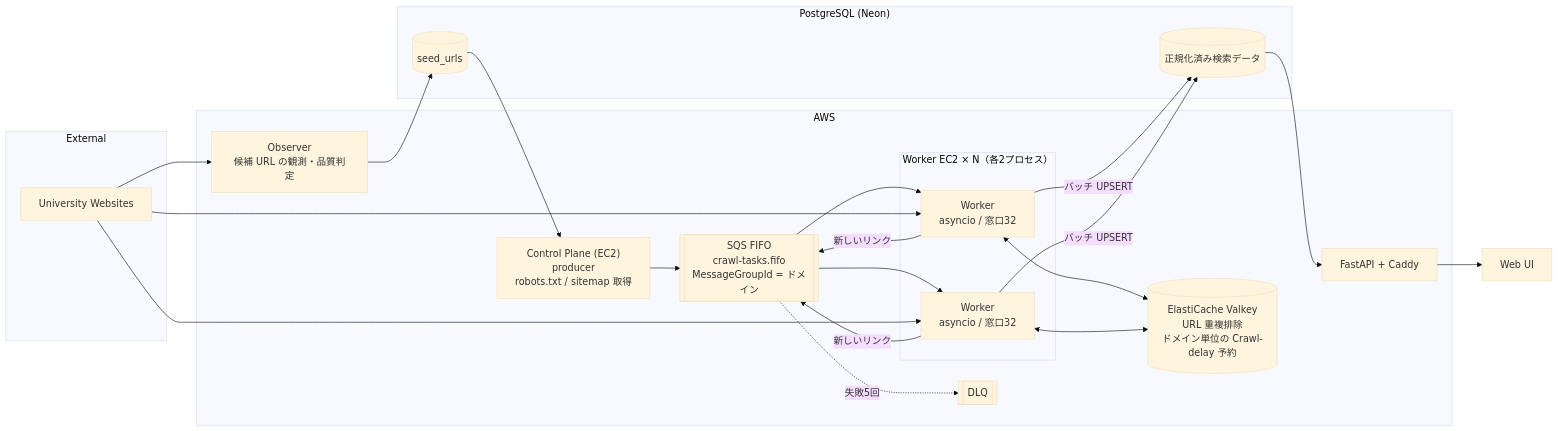
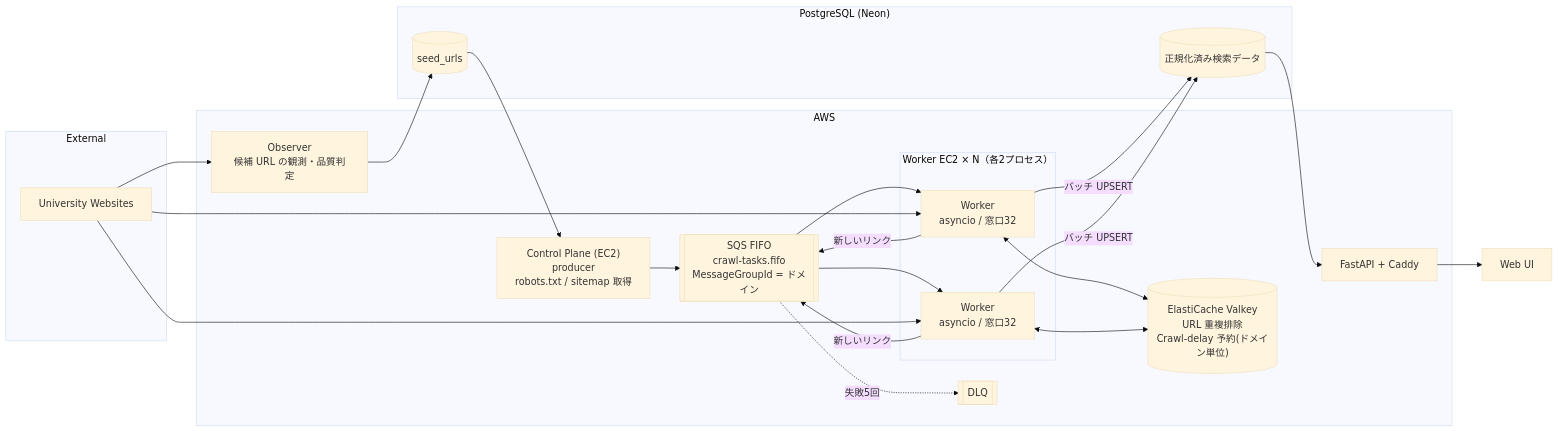
The diagram in README.md (undercoat-F/UniversityComparisonSite), drawn with Mermaid (base theme) before and after one commit.

Commit message:
Update in README.md(軽微な修正)

````diff
--- a/README.md
+++ b/README.md
@@ -44,36 +44,36 @@
 ```mermaid
 flowchart LR
     subgraph Internet["External"]
         Web["University Websites"]
     end
 
     subgraph AWS["AWS"]
         Observer["Observer<br/>候補 URL の観測・品質判定"]
         CP["Control Plane (EC2)<br/>producer<br/>robots.txt / sitemap 取得"]
         SQS[["SQS FIFO<br/>crawl-tasks.fifo<br/>MessageGroupId = ドメイン"]]
         DLQ[["DLQ"]]
         subgraph Workers["Worker EC2 × N（各2プロセス）"]
             W1["Worker<br/>asyncio / 窓口32"]
             W2["Worker<br/>asyncio / 窓口32"]
         end
-        Valkey[("ElastiCache Valkey<br/>URL 重複排除<br/>ドメイン単位の Crawl-delay 予約")]
+        Valkey[("ElastiCache Valkey<br/>URL 重複排除<br/>Crawl-delay 予約(ドメイン単位)")]
         API["FastAPI + Caddy"]
     end
 
     subgraph Neon["PostgreSQL (Neon)"]
         Seeds[("seed_urls")]
         Search[("正規化済み検索データ")]
     end
 
     UI["Web UI"]
 
     Web --> Observer --> Seeds
     Seeds --> CP --> SQS
     SQS --> W1 & W2
     SQS -. 失敗5回 .-> DLQ
     W1 & W2 <--> Valkey
     W1 & W2 -- 新しいリンク --> SQS
     Web --> W1 & W2
     W1 & W2 -- バッチ UPSERT --> Search
     Search --> API --> UI
 ```
````
